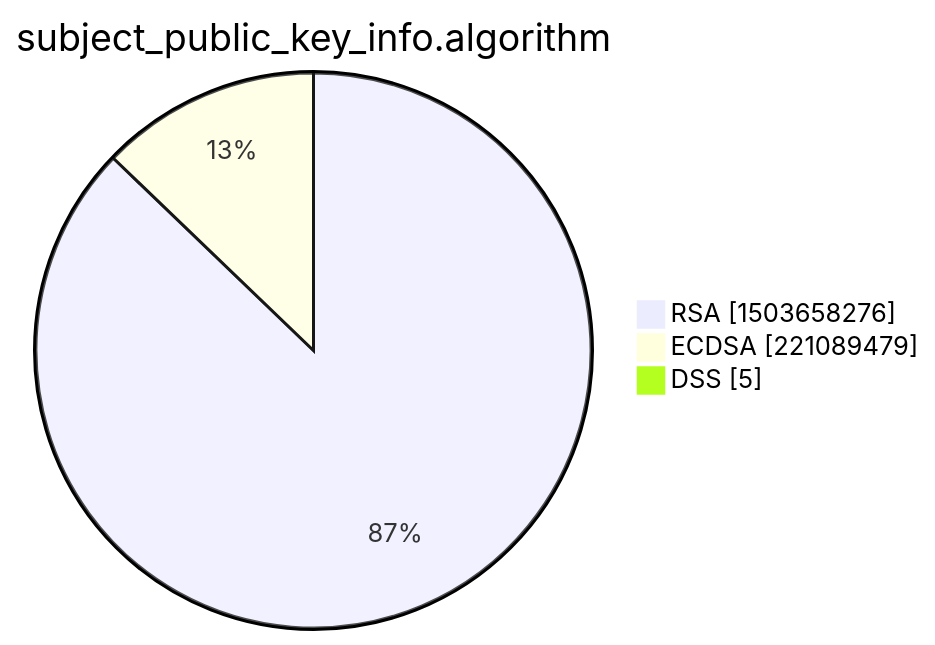
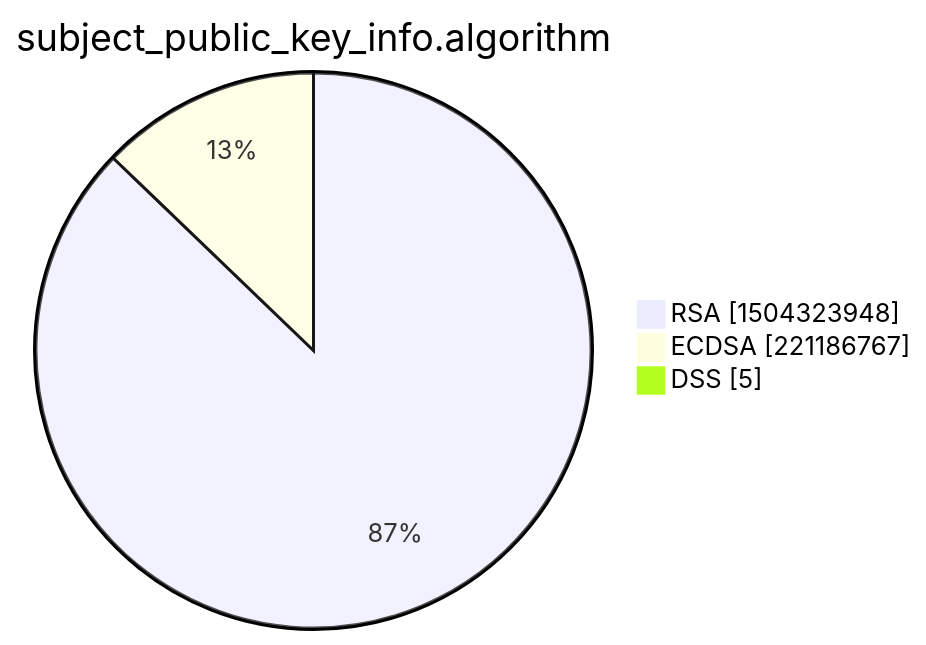
The third of 15 diagrams in xenon2022/README.md (christiankrug/ctmonitor_visualization), drawn with Mermaid before and after one commit. The commit also changed other lines of this file, not shown here.

````diff
--- a/xenon2022/README.md
+++ b/xenon2022/README.md
@@ -14,7 +14,7 @@
 ```mermaid
 pie showData
 title subject_public_key_info.algorithm
-"RSA" :1503658276
-"ECDSA" :221089479
+"RSA" :1504323948
+"ECDSA" :221186767
 "DSS" :5
 ```
````
